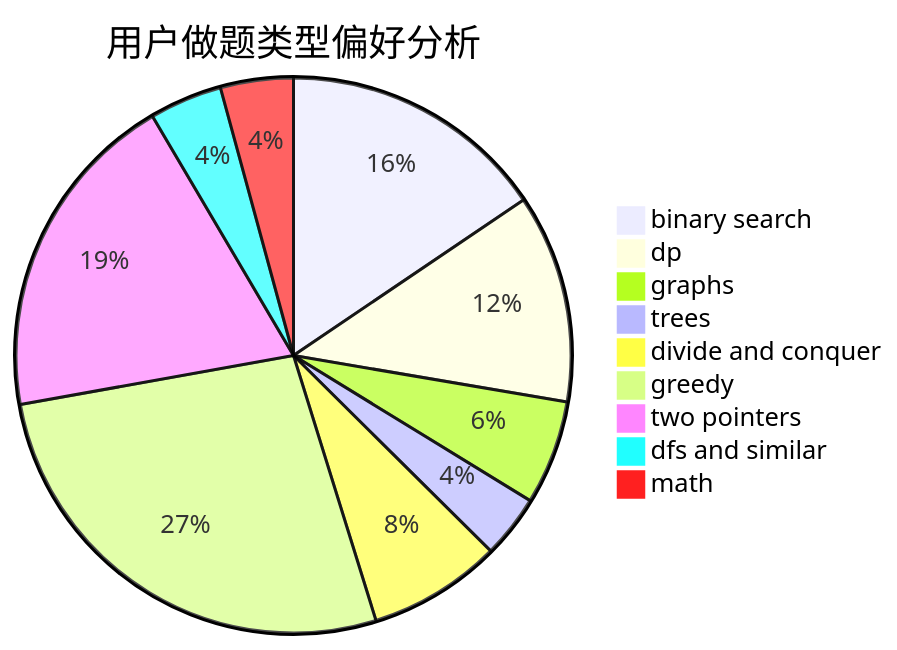
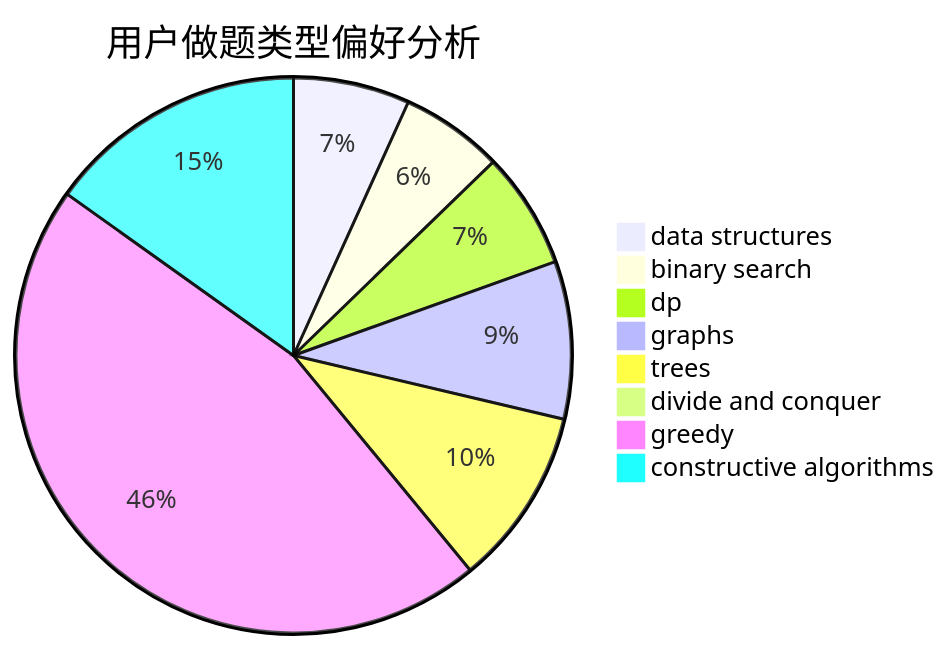
One commit to sherpahu/cfrs.github.io changed the second of 3 diagrams in docs/user/u534.md. Above: the diagram before and after it, drawn with Mermaid. The commit also changed other lines of this file and 2775 other files, not shown here.

````diff
--- a/docs/user/u534.md
+++ b/docs/user/u534.md
@@ -23,12 +23,11 @@
 ```mermaid
 pie title 用户做题类型偏好分析
-    "binary search" :  110
-    "dp" :  86
-    "graphs" :  43
+    "data structures" :  17
+    "binary search" :  15
+    "dp" :  17
+    "graphs" :  23
     "trees" :  26
-    "divide and conquer" :  55
-    "greedy" :  191
-    "two pointers" :  137
-    "dfs and similar" :  30
-    "math" :  30
+    "divide and conquer" :  0
+    "greedy" :  115
+    "constructive algorithms" :  38
 ```
````
